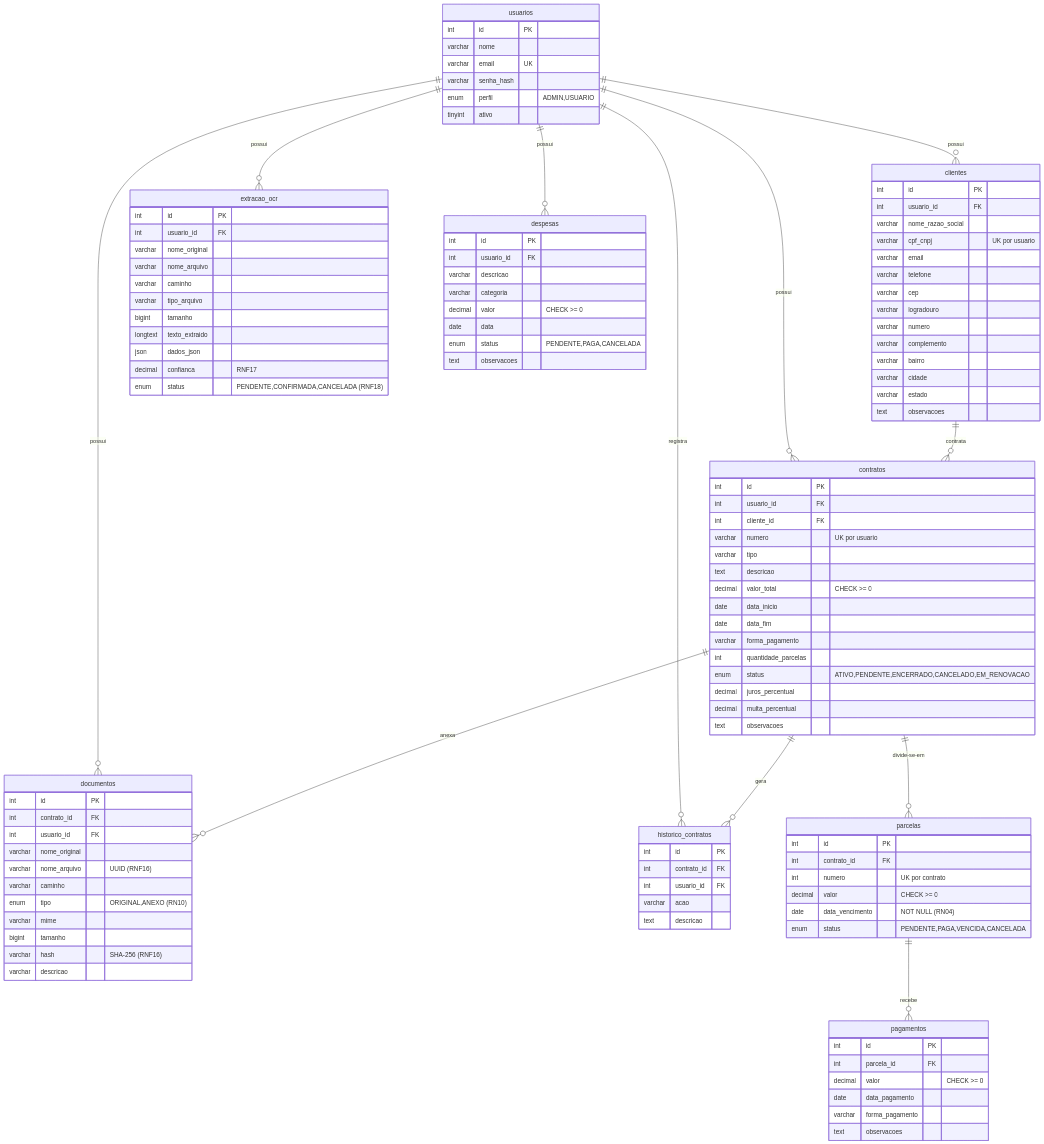
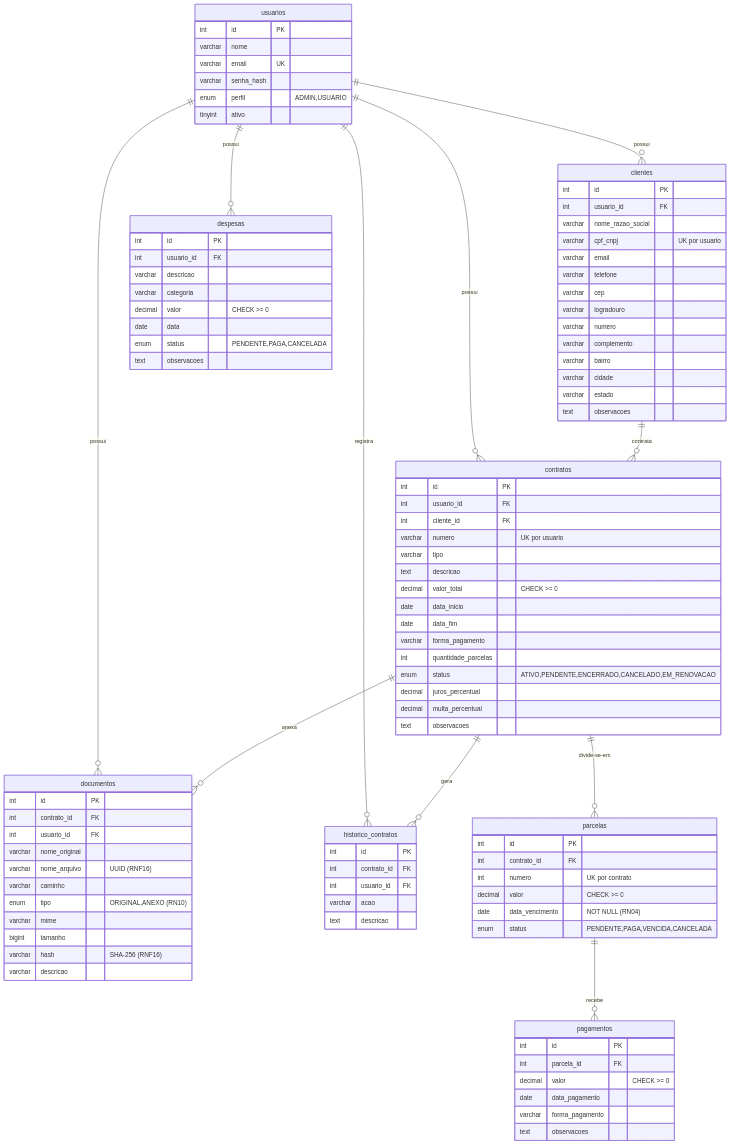
One commit to GuiBazon/contractflow changed the diagram in docs/DER.md. Above: the diagram before and after it, drawn with Mermaid. The commit also changed other lines of this file and 11 other files, not shown here.

```diff
--- a/docs/DER.md
+++ b/docs/DER.md
@@ -15,7 +15,6 @@
     usuarios ||--o{ clientes : possui
     usuarios ||--o{ contratos : possui
     usuarios ||--o{ documentos : possui
-    usuarios ||--o{ extracao_ocr : possui
     usuarios ||--o{ historico_contratos : registra
     usuarios ||--o{ despesas : possui
     clientes ||--o{ contratos : contrata
@@ -94,19 +93,6 @@
         varchar hash "SHA-256 (RNF16)"
         varchar descricao
     }
-    extracao_ocr {
-        int id PK
-        int usuario_id FK
-        varchar nome_original
-        varchar nome_arquivo
-        varchar caminho
-        varchar tipo_arquivo
-        bigint tamanho
-        longtext texto_extraido
-        json dados_json
-        decimal confianca "RNF17"
-        enum status "PENDENTE,CONFIRMADA,CANCELADA (RNF18)"
-    }
     historico_contratos {
         int id PK
         int contrato_id FK
```
